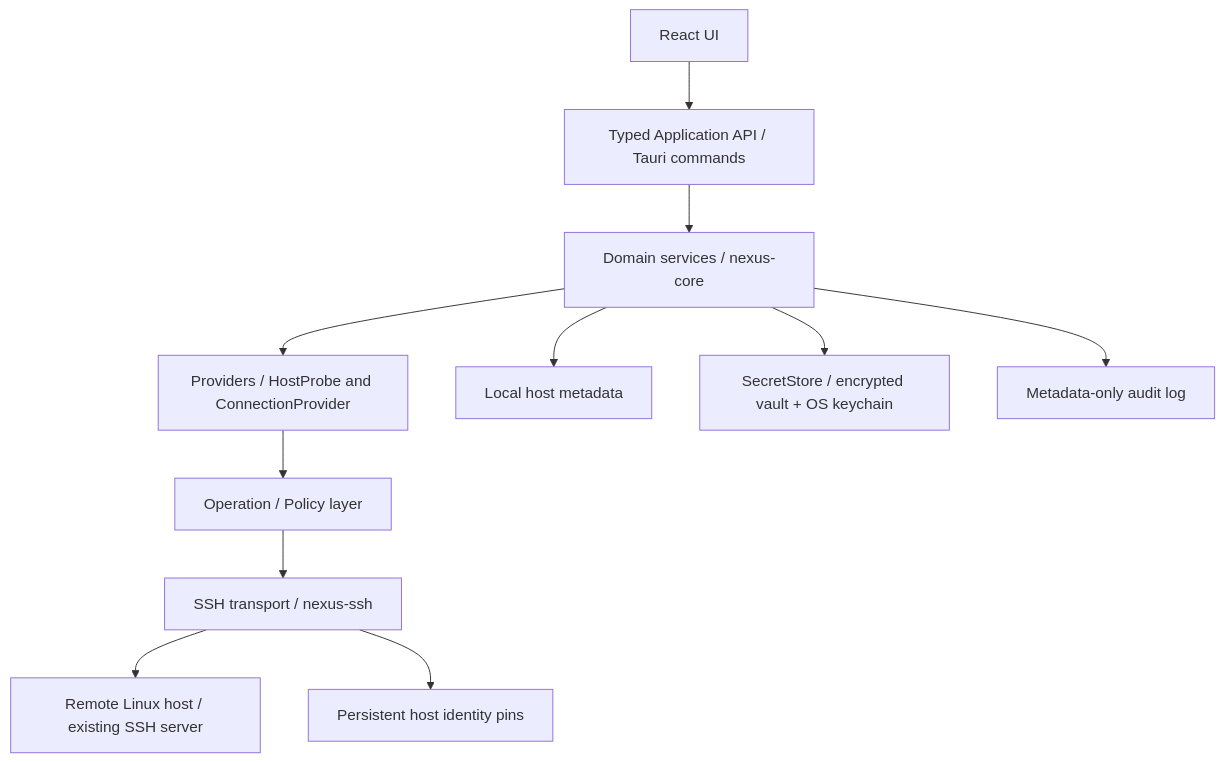
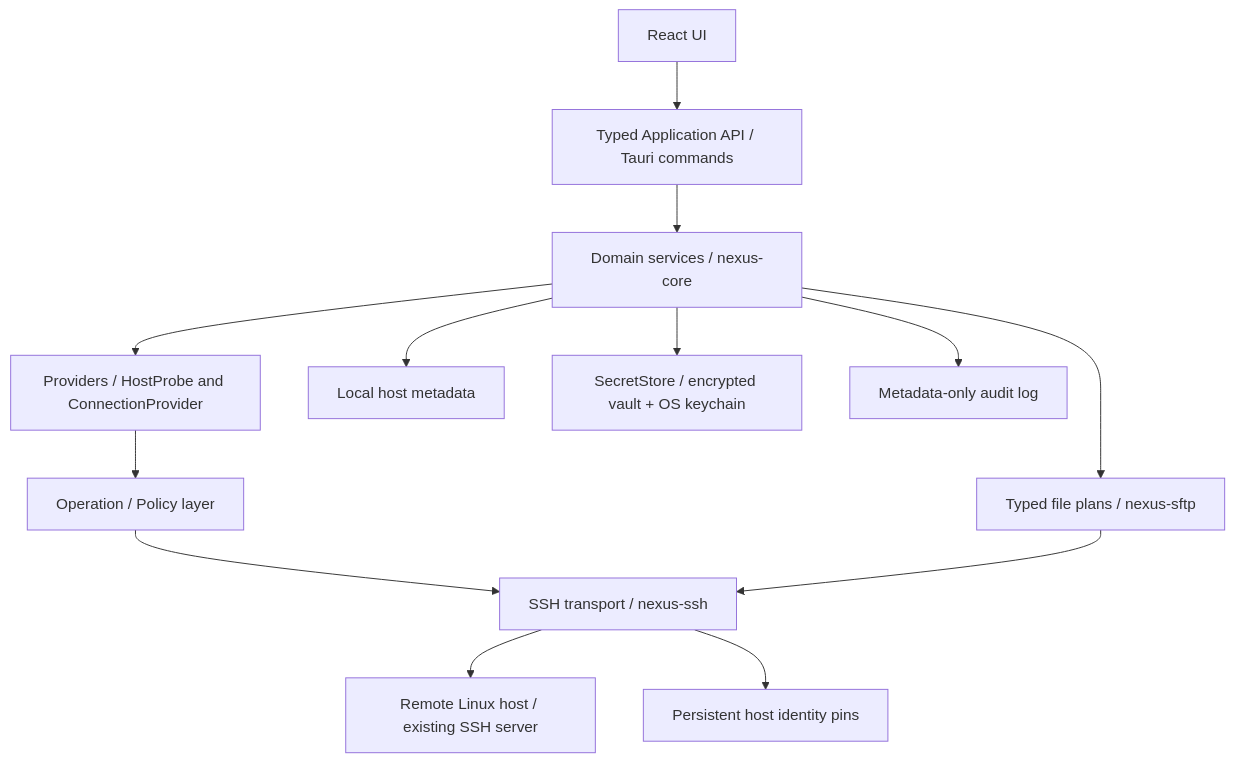
The diagram in docs/architecture/overview.md (unrealbg/NexusOps), drawn with Mermaid before and after one commit. The commit also changed other lines of this file and 57 other files, not shown here.

````diff
--- a/docs/architecture/overview.md
+++ b/docs/architecture/overview.md
@@ -5,13 +5,15 @@
 ```mermaid
 flowchart TD
   UI[React UI] --> API[Typed Application API / Tauri commands]
   API --> CORE[Domain services / nexus-core]
   CORE --> PROVIDERS[Providers / HostProbe and ConnectionProvider]
   PROVIDERS --> POLICY[Operation / Policy layer]
   POLICY --> SSH[SSH transport / nexus-ssh]
+  CORE --> FILES[Typed file plans / nexus-sftp]
+  FILES --> SSH
   SSH --> HOST[Remote Linux host / existing SSH server]
   CORE --> REPO[Local host metadata]
   CORE --> VAULT[SecretStore / encrypted vault + OS keychain]
   CORE --> AUDIT[Metadata-only audit log]
   SSH --> PINS[Persistent host identity pins]
 ```
````
